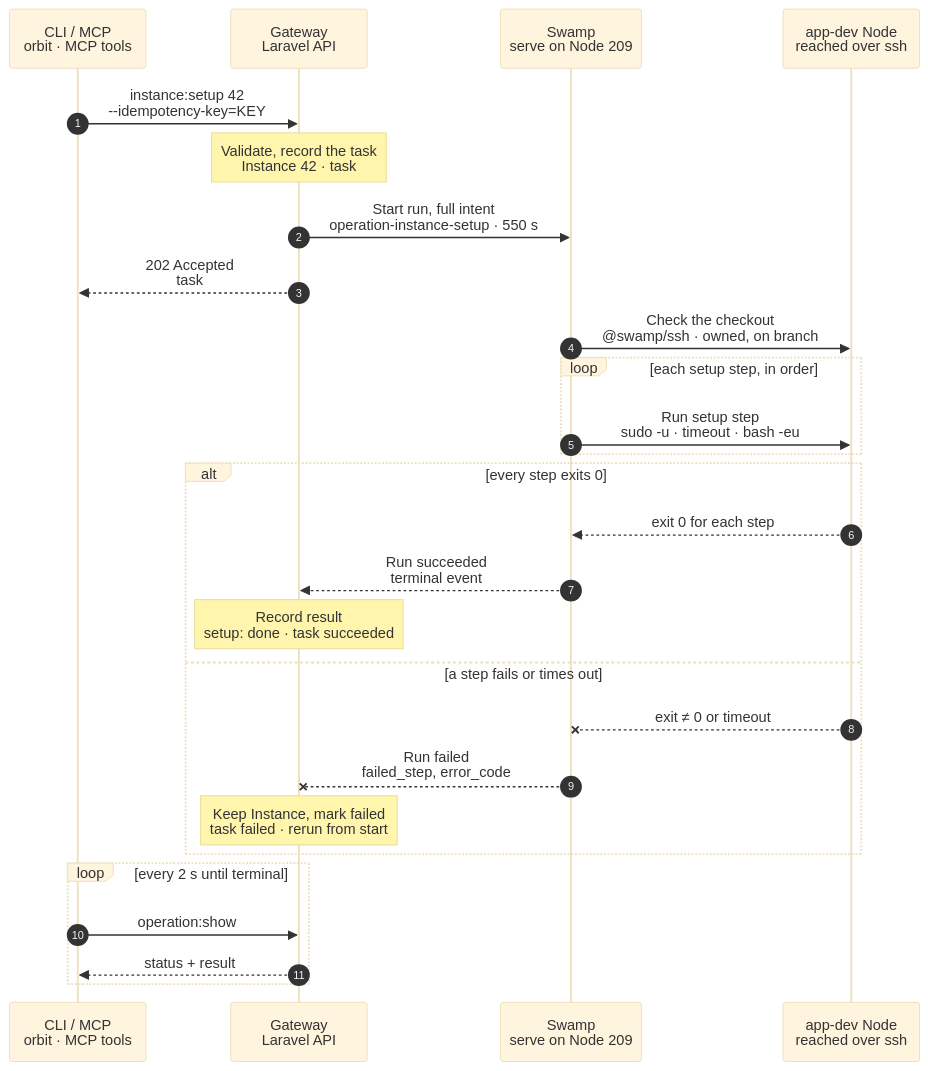
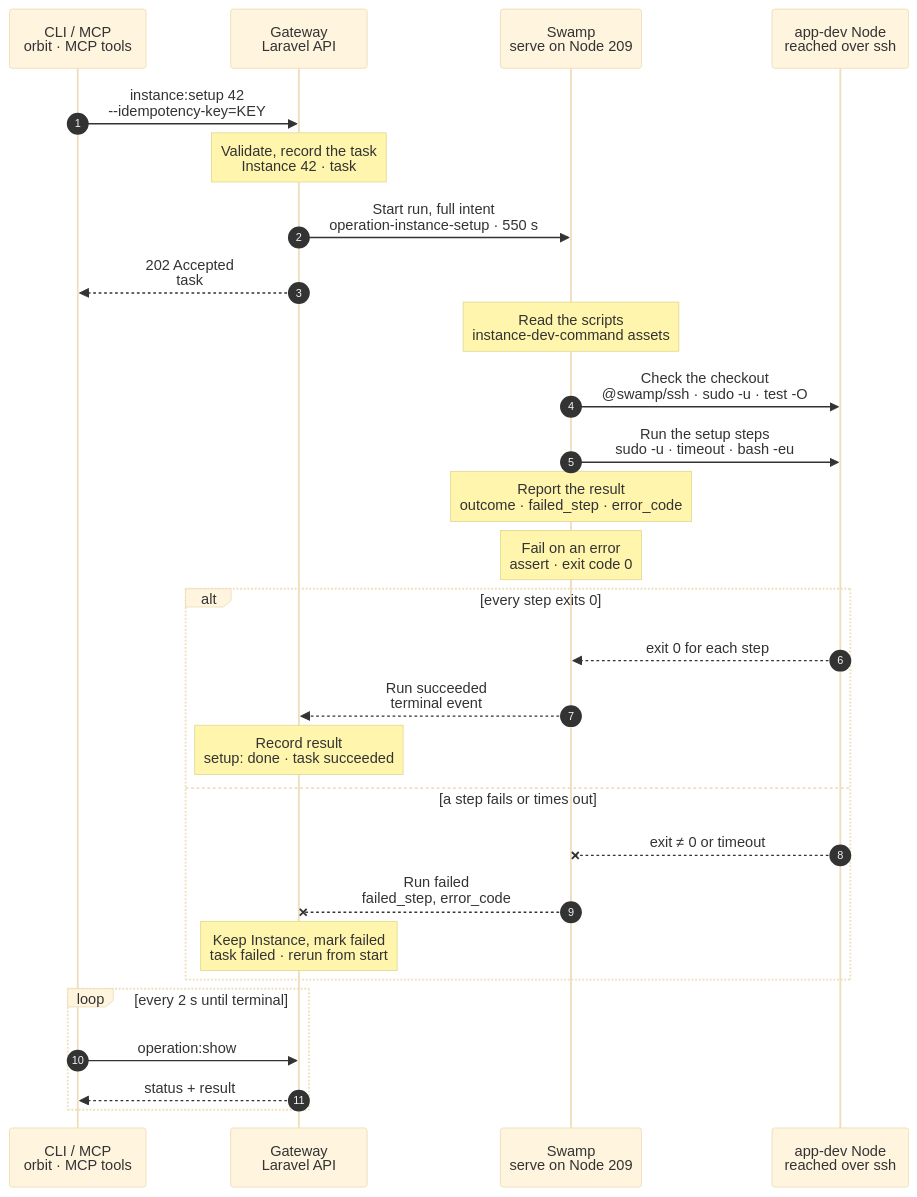
Before and after one commit to hardimpactdev/orbit: the diagram in docs/flows/instance.run_steps.mmd, drawn with Mermaid (base theme). The commit also changed 15 other files, not shown here.

First line of the commit message:
feat(instances): instance:setup runs on the swamp role workers over official SSH

```diff
--- a/docs/flows/instance.run_steps.mmd
+++ b/docs/flows/instance.run_steps.mmd
@@ -1,112 +1,118 @@
 sequenceDiagram
   %% Target design: ADR 0244 task, R2-R4 (process.stop shape: 209, @swamp/ssh, full intent as inputs), DECISIONS instance.run_steps (commands as inputs, sudo -u intent account, terminal projection, no API reads). docs/reference/instance-setup.md.
   %% status: draft
   %% command: instance:setup
   autonumber
   %% lane CLI icon=terminal pill=caller tone=gray
   %% lane GW icon=gateway pill=intent tone=blue
   %% lane SW icon=workflow pill=executes tone=green
   %% lane N icon=server pill=target tone=amber
   participant CLI as CLI / MCP<br/>orbit · MCP tools
   participant GW as Gateway<br/>Laravel API
   participant SW as Swamp<br/>serve on Node 209
   participant N as app-dev Node<br/>reached over ssh
   CLI->>GW: instance:setup 42<br/>--idempotency-key=KEY
   %%> Command:
   %%> - `orbit instance:setup 42`
   %%> - syntax: `instance:setup <instance> [--idempotency-key=KEY] [--json]`
   %%> Input:
   %%> - the numeric Instance ID
   %%> Who can call it:
   %%> - the `orbit` CLI and the MCP tool send the same request
   Note over GW: Validate, record the task<br/>Instance 42 · task #5133
   %%> Requirements:
   %%> - your Node has an access grant to Node 12, the Node of Instance 42
   %%> - Instance 42 is an active development Instance on an `app-dev` Node
   %%> - no other task holds Instance 42; the Gateway holds one lock per Instance and waits briefly for a busy one
   %%> Records:
   %%> - the Project's setup steps as they are now: names, commands, timeouts, and their digest
   %%> - a later change to the list does not change this task; start a new one to use it
   %%> Result:
   %%> - task #5133 recorded with the full intent
   %%> - nothing has happened on the Node yet
   GW->>SW: Start run, full intent<br/>operation-instance-setup · 550 s
   %%> What it does:
   %%> - starts one Swamp run on serve (Node 209)
   %%> Inputs:
   %%> - `kind`: instance.run_steps
   %%> - every step's name, command and timeout
   %%> - the checkout path, the Instance account and the Node's Vite+ store (`VP_HOME`)
   %%> - the seed: `ORBIT_SEED_PATH` and `ORBIT_SEED_COMMIT` of the `default` Instance on Node 12
   %%> - Node 12's address and SSH host keys; the SSH identity comes from the `swamp` role
   %%> Budget:
   %%> - 550 s for the whole list; the step timeouts add up to at most 540 s
   GW-->>CLI: 202 Accepted<br/>task #5133
   %%> What you get:
   %%> - the task number, at once
   %%> Next:
   %%> - the CLI follows the task with `operation:show`
-  SW->>N: Check the checkout<br/>@swamp/ssh · owned, on branch
+  Note over SW: Read the scripts<br/>instance-dev-command assets
+  %%> What it does:
+  %%> - reads the shipped `setup.py` and `run_project_step.py` on 209, the same runner `instance:create` uses
+  SW->>N: Check the checkout<br/>@swamp/ssh · sudo -u · test -O
   %%> How:
   %%> - Swamp reaches Node 12 over SSH from 209 with the official `@swamp/ssh` behavior
   %%> What it does:
-  %%> - checks that the checkout of Instance 42 exists and is the one Orbit owns
-  %%> - checks that the Instance account exists
+  %%> - checks, as the Instance account, that the checkout of Instance 42 is a real directory the account owns
   %%> Why:
   %%> - the commands run only in the checkout the intent names
-  loop each setup step, in order
-    SW->>N: Run setup step<br/>sudo -u · timeout · bash -eu
-    %%> What it does:
-    %%> - runs one step's command with `bash -eu` from the repository root of the checkout
-    %%> - with `VP_HOME`, `ORBIT_SEED_PATH` and `ORBIT_SEED_COMMIT` set
-    %%> Typical steps:
-    %%> - `composer install`
-    %%> - `vp install`
-    %%> - `php artisan migrate`
-    %%> Runs as:
-    %%> - the Instance account from the intent, with `sudo -u`; not root
-    %%> Limits:
-    %%> - `timeout` stops the step's whole process group at its own timeout, so no command keeps running after it
-    %%> Progress:
-    %%> - each step shows under its own name
-    %%> Not kept:
-    %%> - command text and stdout; only the exit code and a redacted stderr tail
-  end
+  SW->>N: Run the setup steps<br/>sudo -u · timeout · bash -eu
+  %%> What it does:
+  %%> - runs each step's command in order with `bash -eu` from the repository root of the checkout, and stops at the first failure
+  %%> - with `VP_HOME`, `ORBIT_SEED_PATH` and `ORBIT_SEED_COMMIT` set
+  %%> Typical steps:
+  %%> - `composer install`
+  %%> - `vp install`
+  %%> - `php artisan migrate`
+  %%> Runs as:
+  %%> - the Instance account from the intent, with `sudo -u`; not root
+  %%> Limits:
+  %%> - `timeout` stops the step's whole process group at its own timeout, so no command keeps running after it
+  %%> Progress:
+  %%> - one native step for the whole list; the result names the failed step
+  %%> Not kept:
+  %%> - command text and stdout; only the exit code and a redacted stderr tail
+  Note over SW: Report the result<br/>outcome · failed_step · error_code
+  %%> What it does:
+  %%> - maps the runner's result to the public outcome: succeeded, failed, missing, deadline or unconfirmed
+  Note over SW: Fail on an error<br/>assert · exit code 0
+  %%> What it does:
+  %%> - fails the run when the report holds an `error_code`, so the task fails with that code
   alt every step exits 0
     N-->>SW: exit 0 for each step
     %%> Returns:
     %%> - each step's exit code; that is the end state, so no other check runs
     SW-->>GW: Run succeeded<br/>terminal event
     %%> How the Gateway learns it:
     %%> - its shared run reader sees the terminal event and reads the run's outputs; Swamp never calls the Gateway
     Note over GW: Record result<br/>setup: done · task succeeded
     %%> Result:
     %%> - Instance 42's setup is recorded as done, and an earlier failed step is cleared
     %%> - task #5133 succeeds; an empty list also succeeds
   else a step fails or times out
     N--xSW: exit ≠ 0 or timeout
     %%> When:
     %%> - a command exits with an error or runs past its timeout
     %%> - exit 127 or 126: the command is missing or not executable
     %%> Effect:
     %%> - later steps do not run
     SW--xGW: Run failed<br/>failed_step, error_code
     %%> The Gateway reads:
     %%> - the failed step, its exit code and the redacted stderr tail
     Note over GW: Keep Instance, mark failed<br/>task failed · rerun from start
     %%> Result:
     %%> - Instance 42 stays active; its setup is marked failed with the step name
     %%> - task #5133 fails with `instance.setup_step_failed`, or `instance.setup_step_unavailable` for a missing command
     %%> On the Node:
     %%> - what earlier steps did stays; there is no rollback and no teardown
     %%> Retry:
     %%> - fix the cause and run `instance:setup` again; it starts at the first step, so steps should converge
   end
   loop every 2 s until terminal
     CLI->>GW: operation:show #5133
     %%> What it does:
     %%> - asks for the task's status every 2 seconds until it has ended
     GW-->>CLI: status + result
     %%> Returns:
     %%> - the current status, and the result once the task has ended
   end
```
